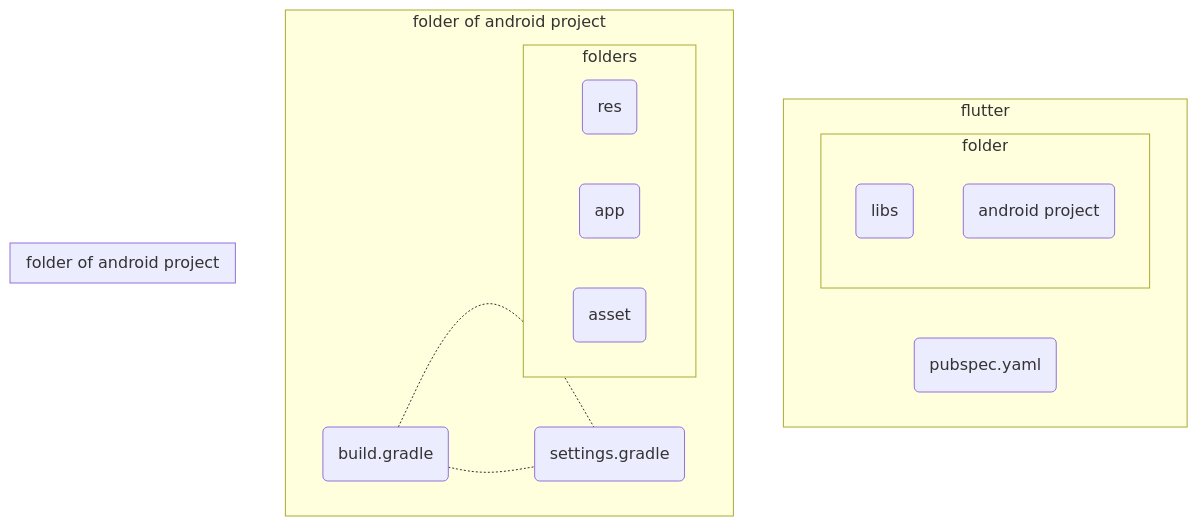
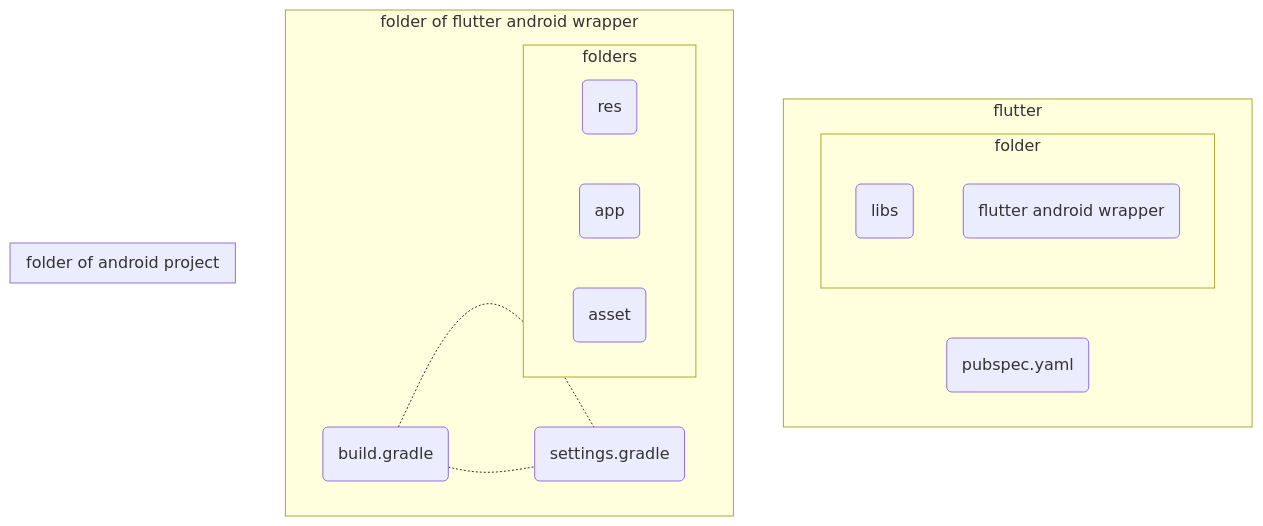
One commit to gordianknotC/nxp_note changed the second of 2 diagrams in flutter/addAndroidProjIntoFlutter.md. Above: the diagram before and after it, drawn with Mermaid. The commit also changed other lines of this file, not shown here.

Commit message:
flutter/addAndroidProjIntoFlutter.md updated from https://stackedit.io/

````diff
--- a/flutter/addAndroidProjIntoFlutter.md
+++ b/flutter/addAndroidProjIntoFlutter.md
@@ -225,26 +225,26 @@
 ```mermaid
 graph TB
 	subgraph flutter
 		FP(pubspec.yaml)
 		subgraph folder
 			FL(libs)
-			FA(android project)
+			FA(flutter android wrapper)
 		end
 	end
-	subgraph folder of android project
+	subgraph folder of flutter android wrapper
 		AB(build.gradle) -.- AS(settings.gradle)
 		subgraph folders
 			PR(res)
-			PA(app)
+			PA(android project)
 			PS(asset)
 		end
 	end
 	subgraph folder of android project
 		AB(build.gradle) -.- AS(settings.gradle)
 		subgraph folders
 			PR(res)
 			PA(app)
 			PS(asset)
 		end
 	end	 
 ```
````
